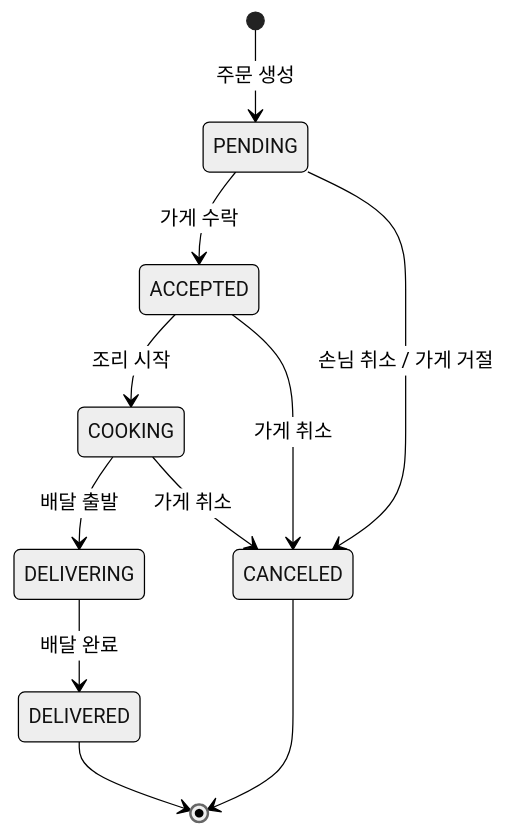
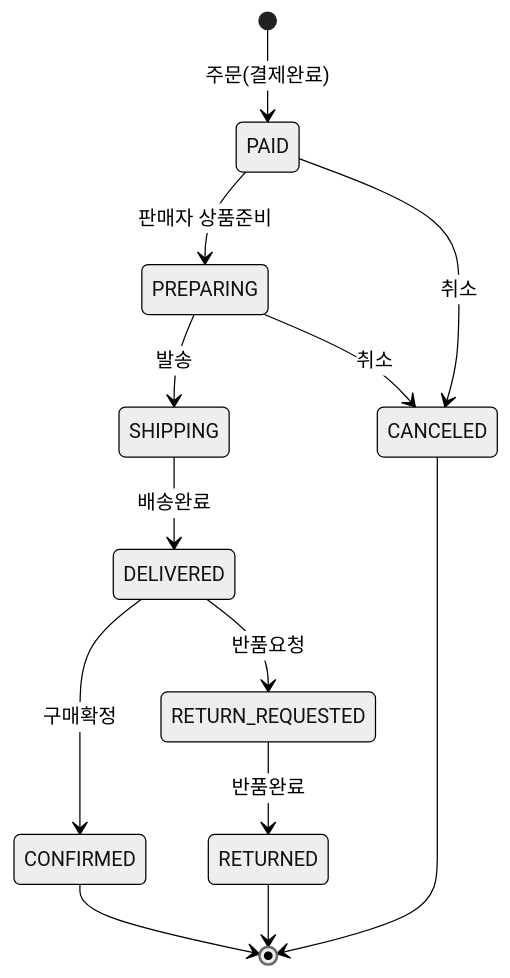
One commit to yoplekiller/CommerceQAToolkit changed the diagram in docs/SPEC.md. Above: the diagram before and after it, drawn with Mermaid (neutral theme). The commit also changed other lines of this file and 10 other files, not shown here.

````diff
--- a/docs/SPEC.md
+++ b/docs/SPEC.md
@@ -16,13 +16,15 @@
 ```mermaid
 stateDiagram-v2
-    [*] --> PENDING: 주문 생성
-    PENDING --> ACCEPTED: 가게 수락
-    ACCEPTED --> COOKING: 조리 시작
-    COOKING --> DELIVERING: 배달 출발
-    DELIVERING --> DELIVERED: 배달 완료
-    PENDING --> CANCELED: 손님 취소 / 가게 거절
-    ACCEPTED --> CANCELED: 가게 취소
-    COOKING --> CANCELED: 가게 취소
-    DELIVERED --> [*]
+    [*] --> PAID: 주문(결제완료)
+    PAID --> PREPARING: 판매자 상품준비
+    PREPARING --> SHIPPING: 발송
+    SHIPPING --> DELIVERED: 배송완료
+    DELIVERED --> CONFIRMED: 구매확정
+    DELIVERED --> RETURN_REQUESTED: 반품요청
+    RETURN_REQUESTED --> RETURNED: 반품완료
+    PAID --> CANCELED: 취소
+    PREPARING --> CANCELED: 취소
+    CONFIRMED --> [*]
     CANCELED --> [*]
+    RETURNED --> [*]
 ```
````
